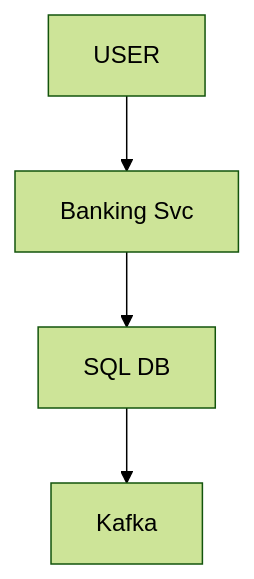
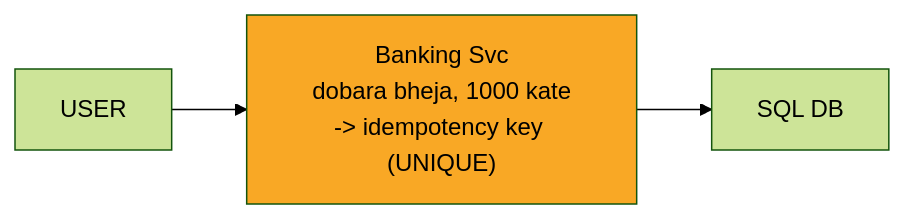
Before and after one commit to ArpanMaheshwari144/Prep: the third of 13 diagrams in 04_HLD/SYSTEM_DESIGNS/13_banking_system/13_banking_system.md, drawn with Mermaid (forest theme). The commit also changed other lines of this file and 2 other files, not shown here.

Commit message:
docs, kafka, banking: one-day story, short cards, follow-ups with rules, highlighted diagrams

````diff
--- a/04_HLD/SYSTEM_DESIGNS/13_banking_system/13_banking_system.md
+++ b/04_HLD/SYSTEM_DESIGNS/13_banking_system/13_banking_system.md
@@ -114,10 +124,9 @@
 ```mermaid
-flowchart TD
+flowchart LR
     n_USER["USER"]
-    n_Banking_Svc["Banking Svc"]
-    n_SQL_DB["SQL DB"]
-    n_Kafka["Kafka"]
-    n_USER --> n_Banking_Svc
-    n_Banking_Svc --> n_SQL_DB
-    n_SQL_DB --> n_Kafka
+    n_SVC["Banking Svc<br/>dobara bheja, 1000 kate<br/>-> idempotency key (UNIQUE)"]
+    n_DB["SQL DB"]
+    n_USER --> n_SVC
+    n_SVC --> n_DB
+    style n_SVC fill:#f9a825,color:#000
 ```
````
